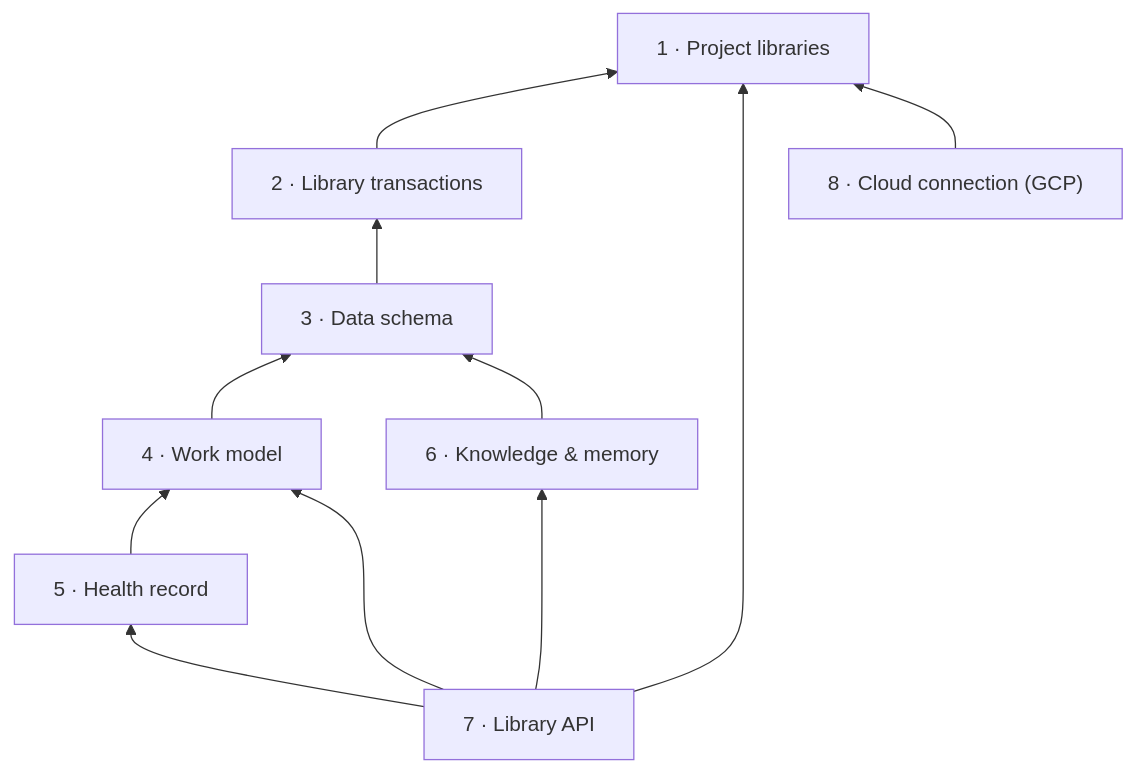
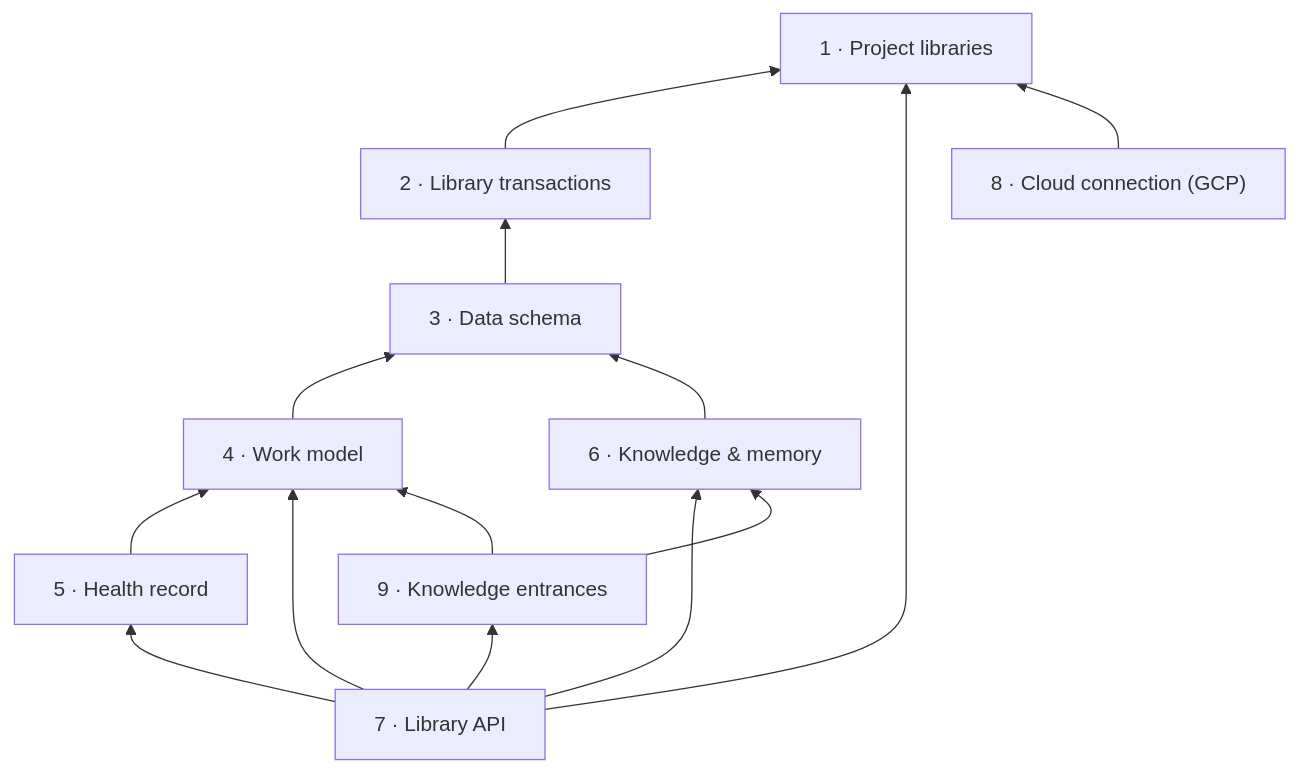
Before and after one commit to storytree-ai/Storytree: the diagram in stories/library.md, drawn with Mermaid. The commit also changed other lines of this file and 3 other files, not shown here.

First line of the commit message:
red(knowledge-entrances): a decision can be the front cover of one story or capability, and notes link only to notes

````diff
--- a/stories/library.md
+++ b/stories/library.md
@@ -18,21 +19,25 @@
 ```mermaid
 flowchart BT
   P["1 · Project libraries"]
   R["2 · Library transactions"]
   F["3 · Data schema"]
   W["4 · Work model"]
   H["5 · Health record"]
   K["6 · Knowledge & memory"]
   D["7 · Library API"]
   C["8 · Cloud connection (GCP)"]
+  E["9 · Knowledge entrances"]
   R --> P
   F --> R
   W --> F
   K --> F
   H --> W
   D --> W
   D --> H
   D --> K
   D --> P
   C --> P
+  E --> W
+  E --> K
+  D --> E
 ```
````
